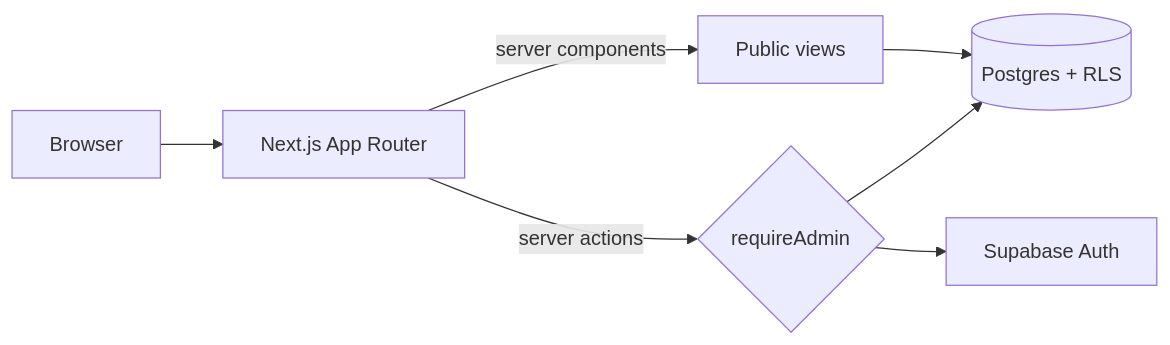
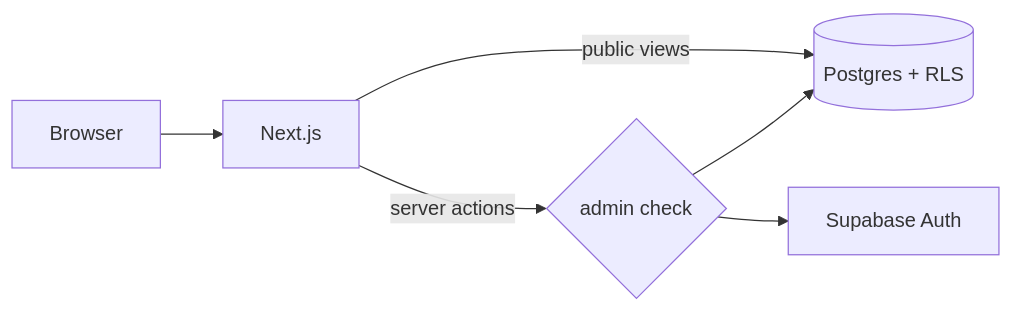
One commit to JaganRaju07/NISB changed the diagram in README.md. Above: the diagram before and after it, drawn with Mermaid. The commit also changed other lines of this file, not shown here.

````diff
--- a/README.md
+++ b/README.md
@@ -38,9 +25,8 @@
 ```mermaid
 flowchart LR
-    B[Browser] --> A[Next.js App Router]
-    A -->|server components| V[Public views]
-    A -->|server actions| G{requireAdmin}
-    G --> D[(Postgres + RLS)]
-    V --> D
+    B[Browser] --> A[Next.js]
+    A -->|public views| D[(Postgres + RLS)]
+    A -->|server actions| G{admin check}
+    G --> D
     G --> U[Supabase Auth]
 ```
````
